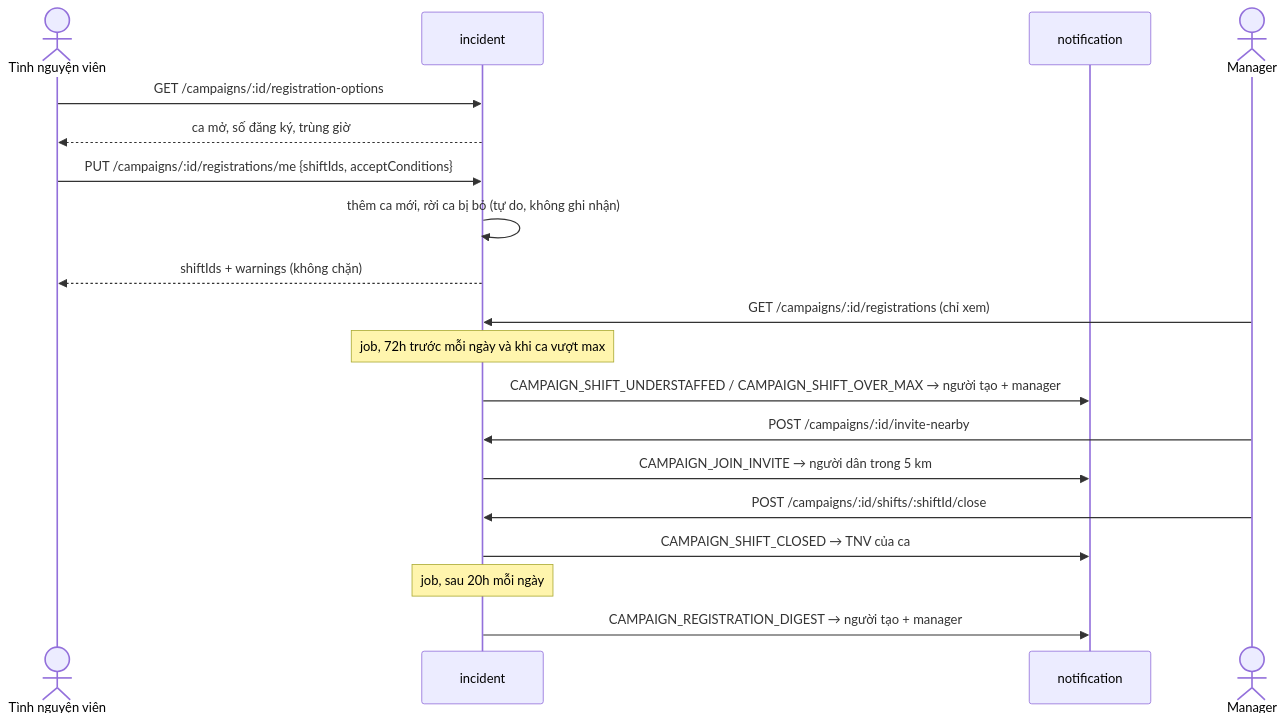
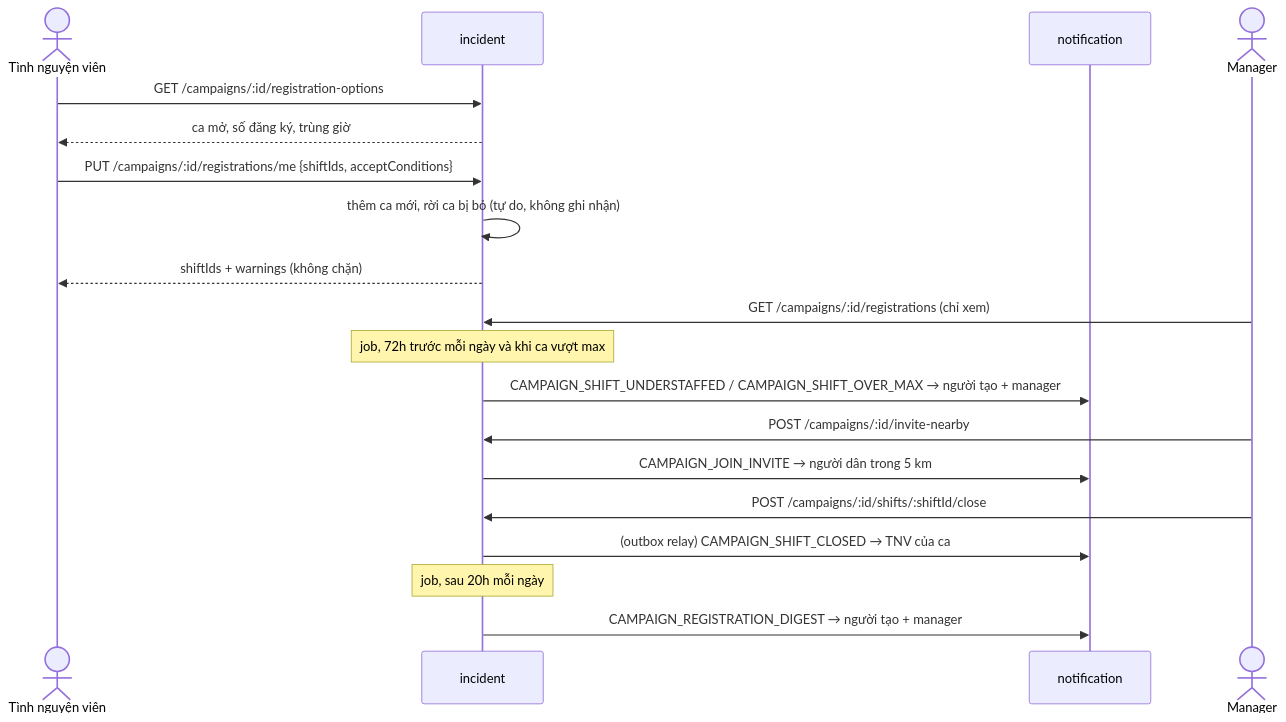
One commit to DOAN2-UQT-KN/ecolink-docs changed diagram 18 of 26 in 02-business-flows.md. Above: the diagram before and after it, drawn with Mermaid. The commit also changed other lines of this file and 2 other files, not shown here.

Commit message:
docs: thông báo tắt ca qua outbox, mời lại trả slot khi gửi lỗi

````diff
--- a/02-business-flows.md
+++ b/02-business-flows.md
@@ -779,21 +779,21 @@
 ```mermaid
 sequenceDiagram
   actor V as Tình nguyện viên
   participant INC as incident
   participant NS as notification
   actor M as Manager
   V->>INC: GET /campaigns/:id/registration-options
   INC-->>V: ca mở, số đăng ký, trùng giờ
   V->>INC: PUT /campaigns/:id/registrations/me {shiftIds, acceptConditions}
   INC->>INC: thêm ca mới, rời ca bị bỏ (tự do, không ghi nhận)
   INC-->>V: shiftIds + warnings (không chặn)
   M->>INC: GET /campaigns/:id/registrations (chỉ xem)
   Note over INC: job, 72h trước mỗi ngày và khi ca vượt max
   INC->>NS: CAMPAIGN_SHIFT_UNDERSTAFFED / CAMPAIGN_SHIFT_OVER_MAX → người tạo + manager
   M->>INC: POST /campaigns/:id/invite-nearby
   INC->>NS: CAMPAIGN_JOIN_INVITE → người dân trong 5 km
   M->>INC: POST /campaigns/:id/shifts/:shiftId/close
-  INC->>NS: CAMPAIGN_SHIFT_CLOSED → TNV của ca
+  INC->>NS: (outbox relay) CAMPAIGN_SHIFT_CLOSED → TNV của ca
   Note over INC: job, sau 20h mỗi ngày
   INC->>NS: CAMPAIGN_REGISTRATION_DIGEST → người tạo + manager
 ```
````
